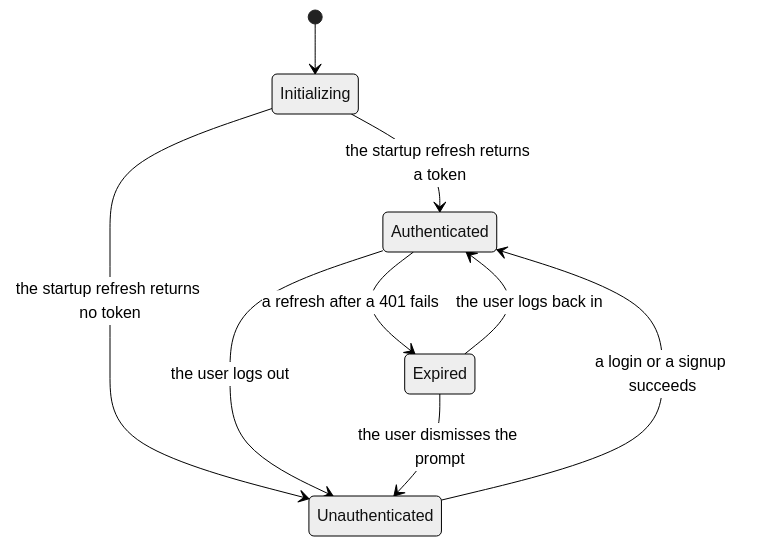
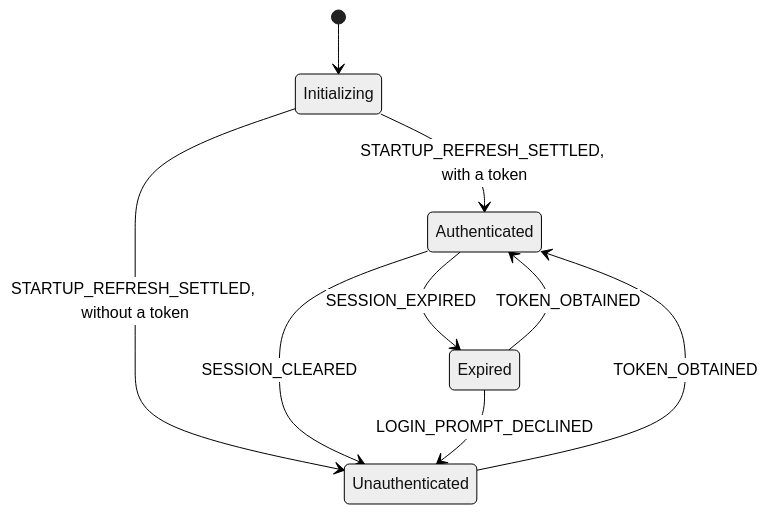
One commit to floels/pinit changed the first of 4 diagrams in web/doc/authentication.md. Above: the diagram before and after it, drawn with Mermaid (neutral theme). The commit also changed other lines of this file and 2 other files, not shown here.

````diff
--- a/web/doc/authentication.md
+++ b/web/doc/authentication.md
@@ -24,11 +21,11 @@
 ```mermaid
 stateDiagram-v2
     [*] --> Initializing
-    Initializing --> Authenticated : the startup refresh returns a token
-    Initializing --> Unauthenticated : the startup refresh returns no token
-    Unauthenticated --> Authenticated : a login or a signup succeeds
-    Authenticated --> Unauthenticated : the user logs out
-    Authenticated --> Expired : a refresh after a 401 fails
-    Expired --> Authenticated : the user logs back in
-    Expired --> Unauthenticated : the user dismisses the prompt
+    Initializing --> Authenticated : STARTUP_REFRESH_SETTLED, with a token
+    Initializing --> Unauthenticated : STARTUP_REFRESH_SETTLED, without a token
+    Unauthenticated --> Authenticated : TOKEN_OBTAINED
+    Authenticated --> Unauthenticated : SESSION_CLEARED
+    Authenticated --> Expired : SESSION_EXPIRED
+    Expired --> Authenticated : TOKEN_OBTAINED
+    Expired --> Unauthenticated : LOGIN_PROMPT_DECLINED
 ```
````
